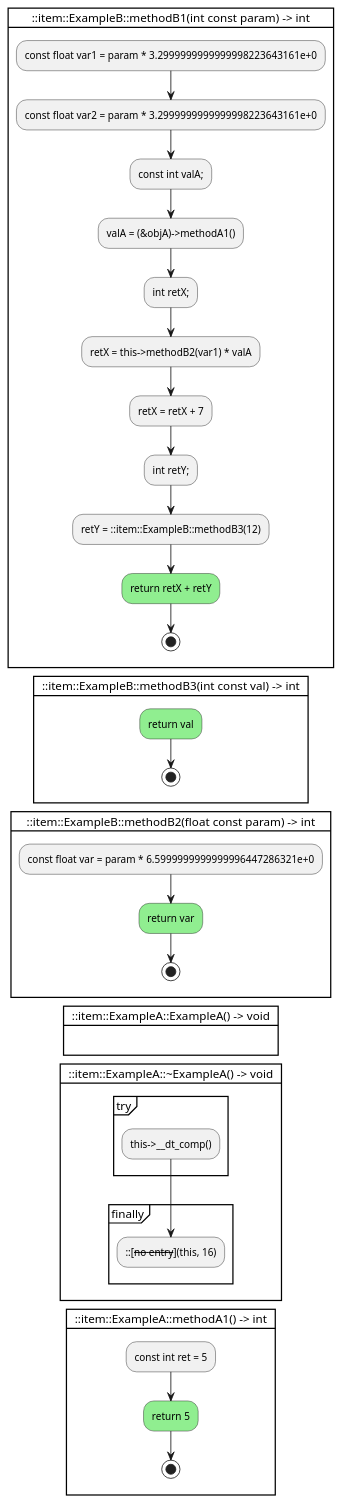
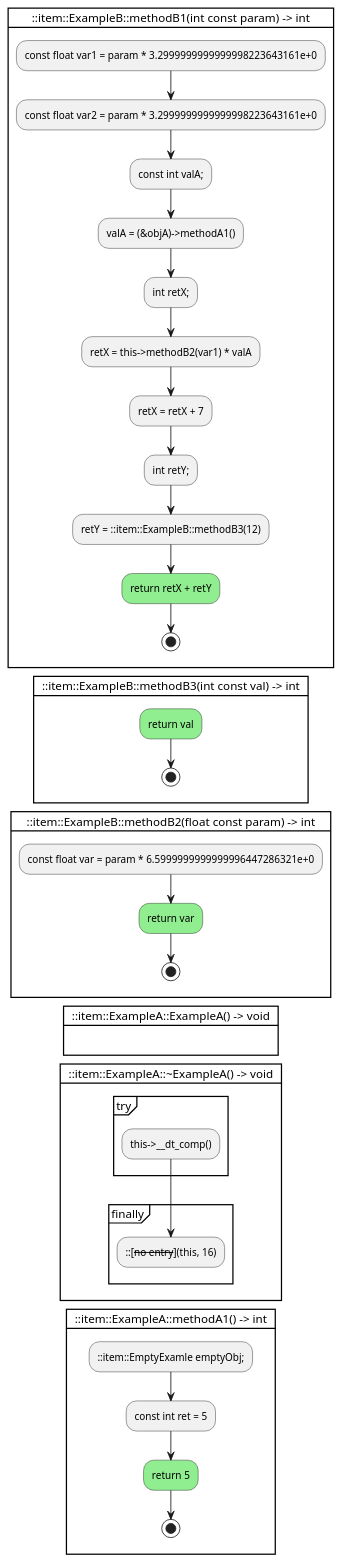
The diagram in examples/ctrlflowgraph/ctrl_class.cpp.puml (anetczuk/gcc-uml), drawn with PlantUML before and after one commit. The commit also changed 5 other files, not shown here.

```diff
--- a/examples/ctrlflowgraph/ctrl_class.cpp.puml
+++ b/examples/ctrlflowgraph/ctrl_class.cpp.puml
@@ -1,55 +1,56 @@
 @startuml
 
 card "::item::ExampleB::methodB1(int const param) -> int" {
     :const float var1 = param * 3.2999999999999998223643161e+0;
     :const float var2 = param * 3.2999999999999998223643161e+0;
     :const int valA;;
     :valA = (&objA)->methodA1();
     :int retX;;
     :retX = this->methodB2(var1) * valA;
     :retX = retX + 7;
     :int retY;;
     :retY = ::item::ExampleB::methodB3(12);
     #lightgreen:return retX + retY;
     stop
     -[hidden]->
 }
 
 card "::item::ExampleB::methodB3(int const val) -> int" {
     #lightgreen:return val;
     stop
     -[hidden]->
 }
 
 card "::item::ExampleB::methodB2(float const param) -> int" {
     :const float var = param * 6.5999999999999996447286321e+0;
     #lightgreen:return var;
     stop
     -[hidden]->
 }
 
 card "::item::ExampleA::ExampleA() -> void" {
     -[hidden]->
 }
 
 card "::item::ExampleA::~ExampleA() -> void" {
     group try
         :this->__dt_comp();
     end group
 
     group finally
         :::[--no entry--](this, 16);
     end group
 
     -[hidden]->
 }
 
 card "::item::ExampleA::methodA1() -> int" {
+    :::item::EmptyExamle emptyObj;;
     :const int ret = 5;
     #lightgreen:return 5;
     stop
     -[hidden]->
 }
 
 
 @enduml
```
